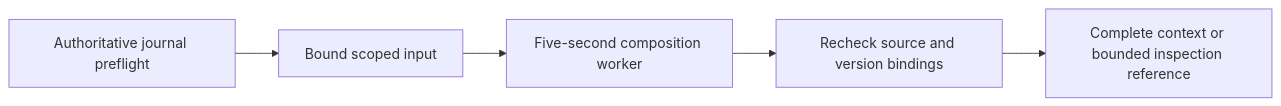
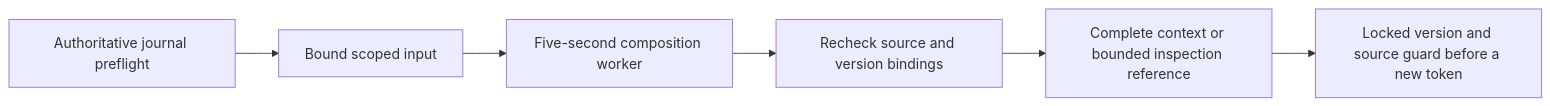
One commit to wgentil/devflow changed the diagram in docs/context-efficiency.md. Above: the diagram before and after it, drawn with Mermaid. The commit also changed other lines of this file and 16 other files, not shown here.

````diff
--- a/docs/context-efficiency.md
+++ b/docs/context-efficiency.md
@@ -170,7 +170,8 @@
 ```mermaid
 flowchart LR
     Journal[Authoritative journal preflight] --> Scoped[Bound scoped input]
     Scoped --> Worker[Five-second composition worker]
     Worker --> Live[Recheck source and version bindings]
     Live --> View[Complete context or bounded inspection reference]
+    View --> Commit[Locked version and source guard before a new token]
 ```
````
